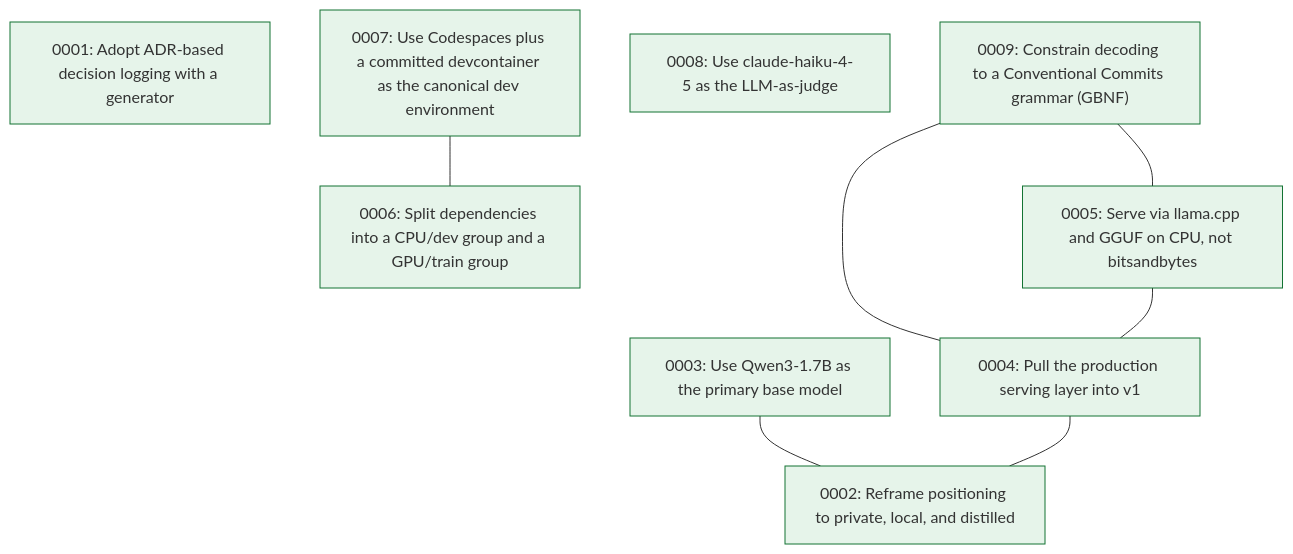
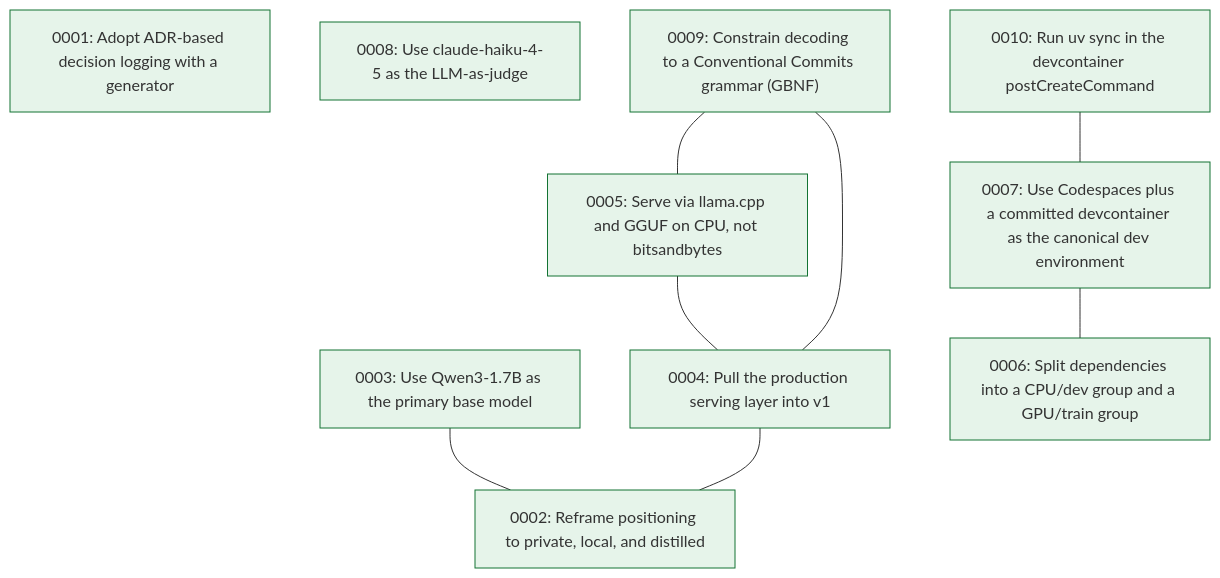
Before and after one commit to marzoukbaig14/Committed: the diagram in docs/decision-tree.md, drawn with Mermaid. The commit also changed 2 other files, not shown here.

Commit message:
build: enable uv sync in devcontainer; regenerate log for ADR 0010

````diff
--- a/docs/decision-tree.md
+++ b/docs/decision-tree.md
@@ -5,22 +5,24 @@
 ```mermaid
 graph TD
   n0001["0001: Adopt ADR-based decision logging with a generator"]:::accepted
   n0002["0002: Reframe positioning to private, local, and distilled"]:::accepted
   n0003["0003: Use Qwen3-1.7B as the primary base model"]:::accepted
   n0004["0004: Pull the production serving layer into v1"]:::accepted
   n0005["0005: Serve via llama.cpp and GGUF on CPU, not bitsandbytes"]:::accepted
   n0006["0006: Split dependencies into a CPU/dev group and a GPU/train group"]:::accepted
   n0007["0007: Use Codespaces plus a committed devcontainer as the canonical dev environment"]:::accepted
   n0008["0008: Use claude-haiku-4-5 as the LLM-as-judge"]:::accepted
   n0009["0009: Constrain decoding to a Conventional Commits grammar (GBNF)"]:::accepted
+  n0010["0010: Run uv sync in the devcontainer postCreateCommand"]:::accepted
   n0003 --- n0002
   n0004 --- n0002
   n0005 --- n0004
   n0007 --- n0006
   n0009 --- n0004
   n0009 --- n0005
+  n0010 --- n0007
   classDef proposed fill:#fff7e6,stroke:#d4a017;
   classDef accepted fill:#e6f4ea,stroke:#137333;
   classDef superseded fill:#f1f3f4,stroke:#9aa0a6,color:#5f6368;
   classDef deprecated fill:#fce8e6,stroke:#c5221f,color:#5f6368;
 ```
````
